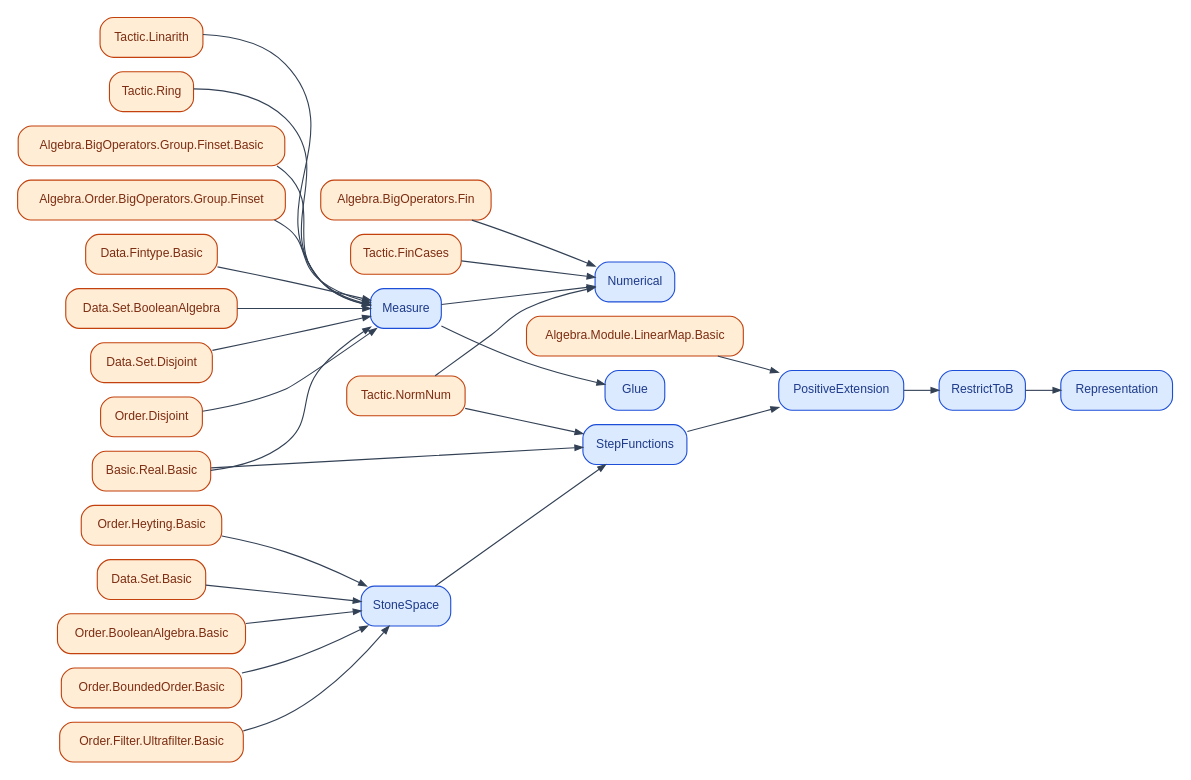
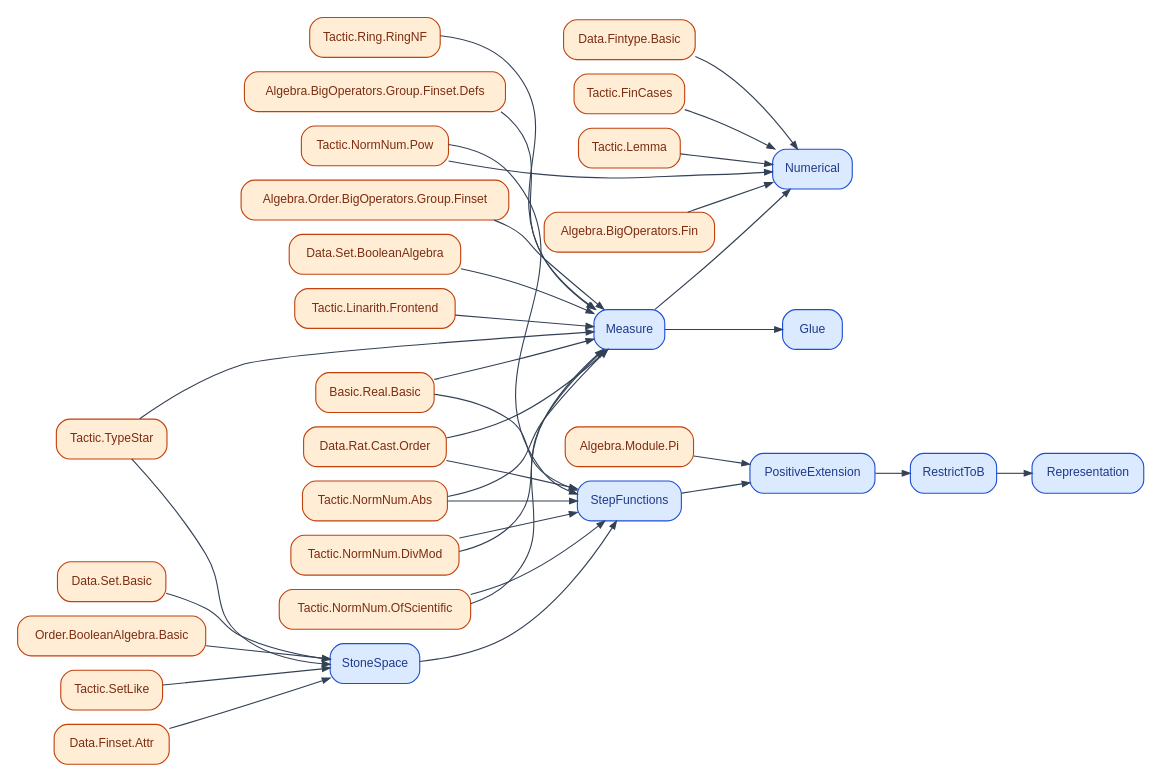
One commit to catskillsresearch/BachelorsInMeasurementTheory changed the diagram in figures/deps/Course21410.dot. Above: the diagram before and after it, drawn with Graphviz. The commit also changed 44 other files, not shown here.

Commit message:
Regenerate course Lean dependency Graphviz figures after the import shake.

```diff
--- a/figures/deps/Course21410.dot
+++ b/figures/deps/Course21410.dot
@@ -1,60 +1,71 @@
 digraph Course21410 {
   rankdir=LR;
   graph [nodesep=0.18, ranksep=0.45, pad=0.12, bgcolor="white"];
   node [shape=box, style="rounded,filled", fontname="Helvetica", fontsize=11];
   edge [color="#334155", arrowsize=0.7];
 
   LAlgebraBigOperatorsFin [label="Algebra.BigOperators.Fin", fillcolor="#ffedd5", color="#c2410c", fontcolor="#7c2d12"];
-  LAlgebraBigOperatorsGroupFinsetBasic [label="Algebra.BigOperators.Group.Finset.Basic", fillcolor="#ffedd5", color="#c2410c", fontcolor="#7c2d12"];
-  LAlgebraModuleLinearMapBasic [label="Algebra.Module.LinearMap.Basic", fillcolor="#ffedd5", color="#c2410c", fontcolor="#7c2d12"];
+  LAlgebraBigOperatorsGroupFinsetDefs [label="Algebra.BigOperators.Group.Finset.Defs", fillcolor="#ffedd5", color="#c2410c", fontcolor="#7c2d12"];
+  LAlgebraModulePi [label="Algebra.Module.Pi", fillcolor="#ffedd5", color="#c2410c", fontcolor="#7c2d12"];
   LAlgebraOrderBigOperatorsGroupFinset [label="Algebra.Order.BigOperators.Group.Finset", fillcolor="#ffedd5", color="#c2410c", fontcolor="#7c2d12"];
   LBasicRealBasic [label="Basic.Real.Basic", fillcolor="#ffedd5", color="#c2410c", fontcolor="#7c2d12"];
+  LDataFinsetAttr [label="Data.Finset.Attr", fillcolor="#ffedd5", color="#c2410c", fontcolor="#7c2d12"];
   LDataFintypeBasic [label="Data.Fintype.Basic", fillcolor="#ffedd5", color="#c2410c", fontcolor="#7c2d12"];
+  LDataRatCastOrder [label="Data.Rat.Cast.Order", fillcolor="#ffedd5", color="#c2410c", fontcolor="#7c2d12"];
   LDataSetBasic [label="Data.Set.Basic", fillcolor="#ffedd5", color="#c2410c", fontcolor="#7c2d12"];
   LDataSetBooleanAlgebra [label="Data.Set.BooleanAlgebra", fillcolor="#ffedd5", color="#c2410c", fontcolor="#7c2d12"];
-  LDataSetDisjoint [label="Data.Set.Disjoint", fillcolor="#ffedd5", color="#c2410c", fontcolor="#7c2d12"];
   LOrderBooleanAlgebraBasic [label="Order.BooleanAlgebra.Basic", fillcolor="#ffedd5", color="#c2410c", fontcolor="#7c2d12"];
-  LOrderBoundedOrderBasic [label="Order.BoundedOrder.Basic", fillcolor="#ffedd5", color="#c2410c", fontcolor="#7c2d12"];
-  LOrderDisjoint [label="Order.Disjoint", fillcolor="#ffedd5", color="#c2410c", fontcolor="#7c2d12"];
-  LOrderFilterUltrafilterBasic [label="Order.Filter.Ultrafilter.Basic", fillcolor="#ffedd5", color="#c2410c", fontcolor="#7c2d12"];
-  LOrderHeytingBasic [label="Order.Heyting.Basic", fillcolor="#ffedd5", color="#c2410c", fontcolor="#7c2d12"];
   LTacticFinCases [label="Tactic.FinCases", fillcolor="#ffedd5", color="#c2410c", fontcolor="#7c2d12"];
-  LTacticLinarith [label="Tactic.Linarith", fillcolor="#ffedd5", color="#c2410c", fontcolor="#7c2d12"];
-  LTacticNormNum [label="Tactic.NormNum", fillcolor="#ffedd5", color="#c2410c", fontcolor="#7c2d12"];
-  LTacticRing [label="Tactic.Ring", fillcolor="#ffedd5", color="#c2410c", fontcolor="#7c2d12"];
+  LTacticLemma [label="Tactic.Lemma", fillcolor="#ffedd5", color="#c2410c", fontcolor="#7c2d12"];
+  LTacticLinarithFrontend [label="Tactic.Linarith.Frontend", fillcolor="#ffedd5", color="#c2410c", fontcolor="#7c2d12"];
+  LTacticNormNumAbs [label="Tactic.NormNum.Abs", fillcolor="#ffedd5", color="#c2410c", fontcolor="#7c2d12"];
+  LTacticNormNumDivMod [label="Tactic.NormNum.DivMod", fillcolor="#ffedd5", color="#c2410c", fontcolor="#7c2d12"];
+  LTacticNormNumOfScientific [label="Tactic.NormNum.OfScientific", fillcolor="#ffedd5", color="#c2410c", fontcolor="#7c2d12"];
+  LTacticNormNumPow [label="Tactic.NormNum.Pow", fillcolor="#ffedd5", color="#c2410c", fontcolor="#7c2d12"];
+  LTacticRingRingNF [label="Tactic.Ring.RingNF", fillcolor="#ffedd5", color="#c2410c", fontcolor="#7c2d12"];
+  LTacticSetLike [label="Tactic.SetLike", fillcolor="#ffedd5", color="#c2410c", fontcolor="#7c2d12"];
+  LTacticTypeStar [label="Tactic.TypeStar", fillcolor="#ffedd5", color="#c2410c", fontcolor="#7c2d12"];
   MGlue [label="Glue", fillcolor="#dbeafe", color="#1d4ed8", fontcolor="#1e3a8a"];
   MMeasure [label="Measure", fillcolor="#dbeafe", color="#1d4ed8", fontcolor="#1e3a8a"];
   MNumerical [label="Numerical", fillcolor="#dbeafe", color="#1d4ed8", fontcolor="#1e3a8a"];
   MPositiveExtension [label="PositiveExtension", fillcolor="#dbeafe", color="#1d4ed8", fontcolor="#1e3a8a"];
   MRepresentation [label="Representation", fillcolor="#dbeafe", color="#1d4ed8", fontcolor="#1e3a8a"];
   MRestrictToB [label="RestrictToB", fillcolor="#dbeafe", color="#1d4ed8", fontcolor="#1e3a8a"];
   MStepFunctions [label="StepFunctions", fillcolor="#dbeafe", color="#1d4ed8", fontcolor="#1e3a8a"];
   MStoneSpace [label="StoneSpace", fillcolor="#dbeafe", color="#1d4ed8", fontcolor="#1e3a8a"];
 
   MMeasure -> MGlue;
-  LAlgebraBigOperatorsGroupFinsetBasic -> MMeasure;
+  LAlgebraBigOperatorsGroupFinsetDefs -> MMeasure;
+  LAlgebraOrderBigOperatorsGroupFinset -> MMeasure;
+  LTacticNormNumAbs -> MMeasure;
+  LTacticLinarithFrontend -> MMeasure;
+  LTacticNormNumOfScientific -> MMeasure;
+  LTacticRingRingNF -> MMeasure;
   LBasicRealBasic -> MMeasure;
-  LDataSetDisjoint -> MMeasure;
-  LTacticLinarith -> MMeasure;
-  LAlgebraOrderBigOperatorsGroupFinset -> MMeasure;
-  LDataFintypeBasic -> MMeasure;
-  LTacticRing -> MMeasure;
+  LTacticTypeStar -> MMeasure;
   LDataSetBooleanAlgebra -> MMeasure;
-  LOrderDisjoint -> MMeasure;
+  LTacticNormNumDivMod -> MMeasure;
+  LDataRatCastOrder -> MMeasure;
+  LDataFintypeBasic -> MNumerical;
   LTacticFinCases -> MNumerical;
+  LTacticLemma -> MNumerical;
   LAlgebraBigOperatorsFin -> MNumerical;
-  LTacticNormNum -> MNumerical;
+  LTacticNormNumPow -> MNumerical;
   MMeasure -> MNumerical;
-  LAlgebraModuleLinearMapBasic -> MPositiveExtension;
+  LAlgebraModulePi -> MPositiveExtension;
   MStepFunctions -> MPositiveExtension;
   MRestrictToB -> MRepresentation;
   MPositiveExtension -> MRestrictToB;
+  LTacticNormNumAbs -> MStepFunctions;
+  LTacticNormNumOfScientific -> MStepFunctions;
   LBasicRealBasic -> MStepFunctions;
-  LTacticNormNum -> MStepFunctions;
+  LTacticNormNumPow -> MStepFunctions;
+  LTacticNormNumDivMod -> MStepFunctions;
+  LDataRatCastOrder -> MStepFunctions;
   MStoneSpace -> MStepFunctions;
   LOrderBooleanAlgebraBasic -> MStoneSpace;
-  LOrderFilterUltrafilterBasic -> MStoneSpace;
-  LOrderHeytingBasic -> MStoneSpace;
-  LOrderBoundedOrderBasic -> MStoneSpace;
+  LTacticSetLike -> MStoneSpace;
   LDataSetBasic -> MStoneSpace;
+  LDataFinsetAttr -> MStoneSpace;
+  LTacticTypeStar -> MStoneSpace;
 }
```
